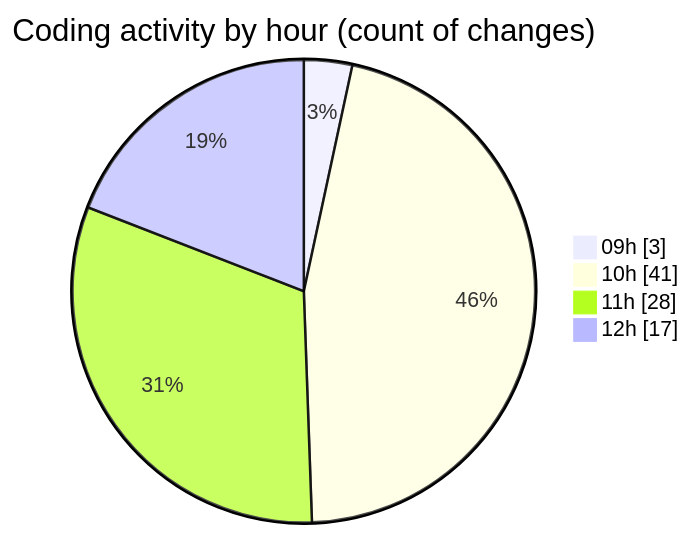
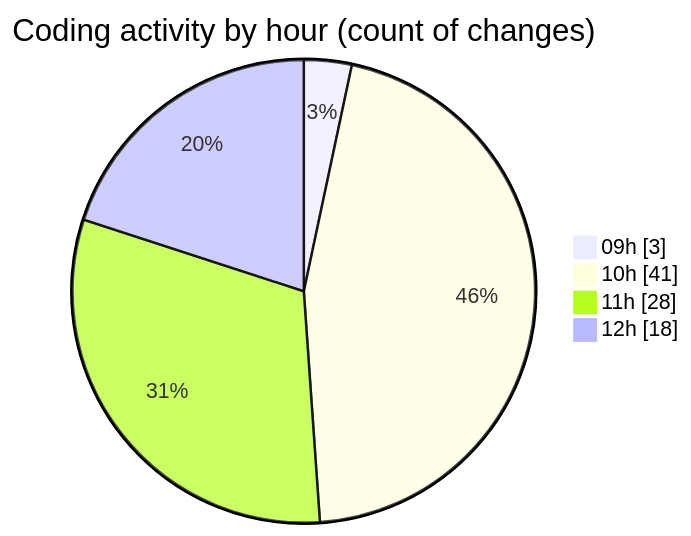
The second of 2 diagrams in 2025-05-19/ecodeli-1/README.md (CELIANVF/code-tracking), drawn with Mermaid before and after one commit. The commit also changed other lines of this file and 1 other file, not shown here.

````diff
--- a/2025-05-19/ecodeli-1/README.md
+++ b/2025-05-19/ecodeli-1/README.md
@@ -57,8 +58,8 @@
 ```mermaid
 pie showData
 title Coding activity by hour (count of changes)
 "09h" : 3
 "10h" : 41
 "11h" : 28
-"12h" : 17
+"12h" : 18
 ```
````
